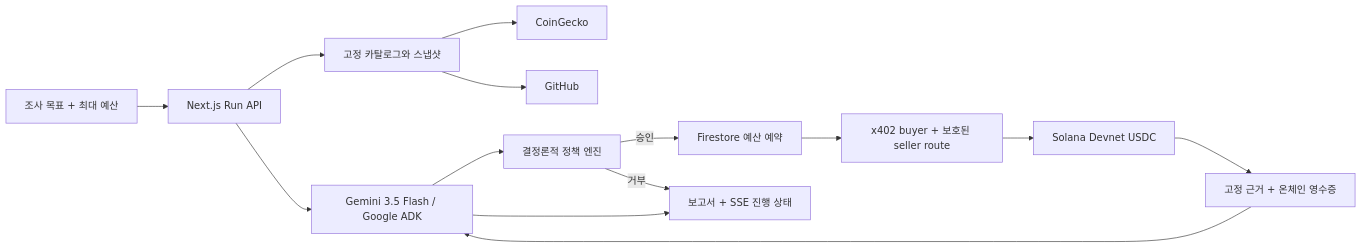
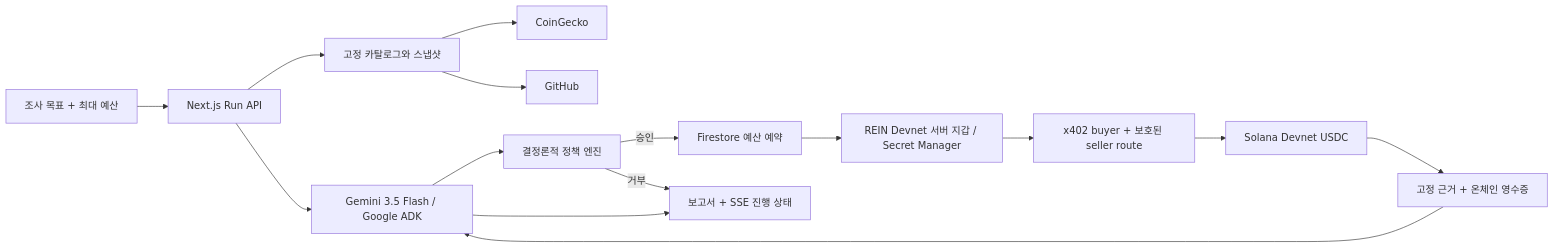
The diagram in README.md (jeonsavvy/REIN), drawn with Mermaid before and after one commit. The commit also changed other lines of this file and 27 other files, not shown here.

````diff
--- a/README.md
+++ b/README.md
@@ -53,16 +82,17 @@
 ```mermaid
 flowchart LR
   U["조사 목표 + 최대 예산"] --> A["Next.js Run API"]
   A --> C["고정 카탈로그와 스냅샷"]
   C --> CG["CoinGecko"]
   C --> GH["GitHub"]
   A --> G["Gemini 3.5 Flash / Google ADK"]
   G --> P["결정론적 정책 엔진"]
   P -->|승인| Q["Firestore 예산 예약"]
-  Q --> X["x402 buyer + 보호된 seller route"]
+  Q --> K["REIN Devnet 서버 지갑 / Secret Manager"]
+  K --> X["x402 buyer + 보호된 seller route"]
   X --> S["Solana Devnet USDC"]
   S --> R["고정 근거 + 온체인 영수증"]
   R --> G
   G --> D["보고서 + SSE 진행 상태"]
   P -->|거부| D
 ```
````
